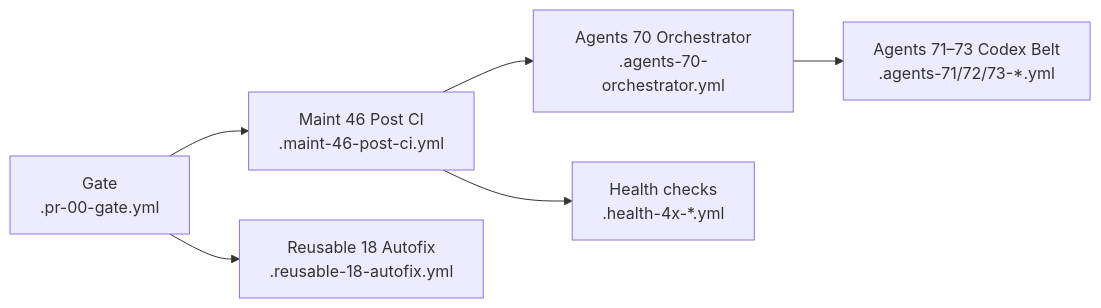
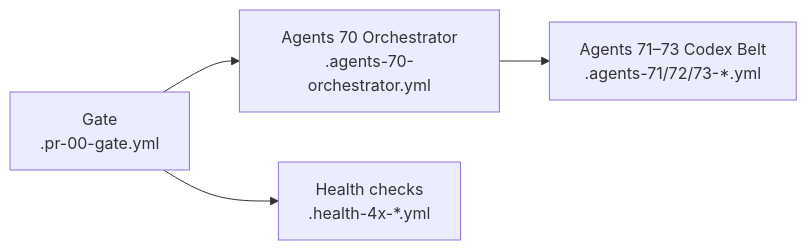
One commit to stranske/Trend_Model_Project changed the first of 2 diagrams in docs/ci/WORKFLOWS.md. Above: the diagram before and after it, drawn with Mermaid. The commit also changed other lines of this file and 11 other files, not shown here.

First line of the commit message:
Remove Maint 46 Post CI workflow and migrate to Gate summary

````diff
--- a/docs/ci/WORKFLOWS.md
+++ b/docs/ci/WORKFLOWS.md
@@ -10,8 +10,6 @@
 ```mermaid
 flowchart LR
-    gate["Gate\n.pr-00-gate.yml"] --> maint46["Maint 46 Post CI\n.maint-46-post-ci.yml"]
-    gate --> autofix["Reusable 18 Autofix\n.reusable-18-autofix.yml"]
-    maint46 --> agents70["Agents 70 Orchestrator\n.agents-70-orchestrator.yml"]
+    gate["Gate\n.pr-00-gate.yml"] --> agents70["Agents 70 Orchestrator\n.agents-70-orchestrator.yml"]
     agents70 --> agentsBelt["Agents 71–73 Codex Belt\n.agents-71/72/73-*.yml"]
-    maint46 --> healthGuard["Health checks\n.health-4x-*.yml"]
+    gate --> healthGuard["Health checks\n.health-4x-*.yml"]
 ```
````
